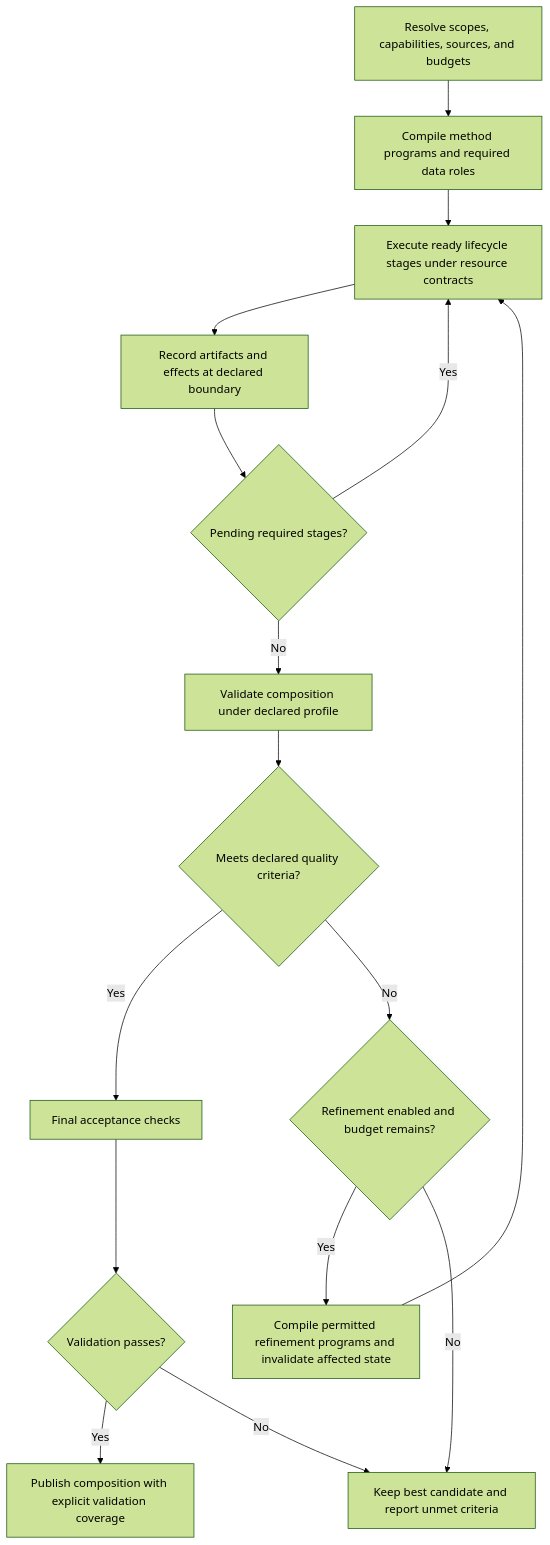
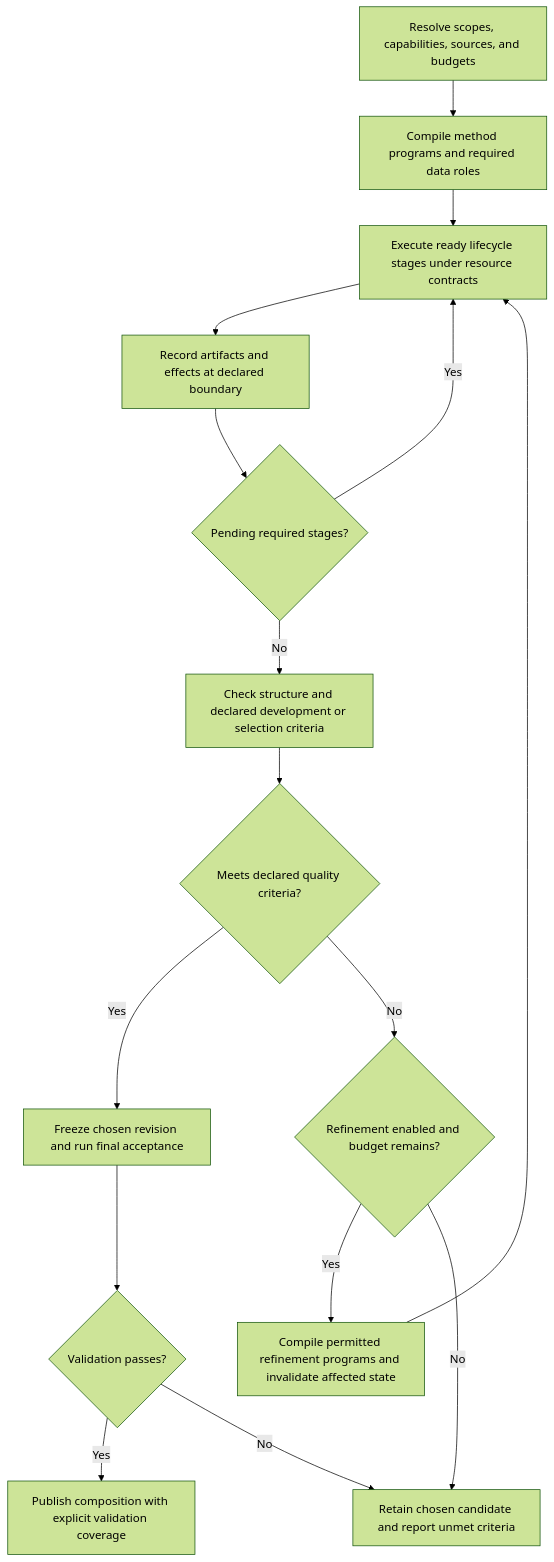
One commit to ModelCloud/GPTQModel changed the third of 7 diagrams in docs/component-quantization-design.md. Above: the diagram before and after it, drawn with Mermaid (forest theme). The commit also changed other lines of this file and 5 other files, not shown here.

````diff
--- a/docs/component-quantization-design.md
+++ b/docs/component-quantization-design.md
@@ -470,18 +484,18 @@
 ```mermaid
 flowchart TD
     A[Resolve scopes, capabilities, sources, and budgets] --> B[Compile method programs and required data roles]
     B --> C[Execute ready lifecycle stages under resource contracts]
     C --> D[Record artifacts and effects at declared boundary]
     D --> E{Pending required stages?}
     E -->|Yes| C
-    E -->|No| F[Validate composition under declared profile]
+    E -->|No| F[Check structure and declared development or selection criteria]
     F --> G{Meets declared quality criteria?}
-    G -->|Yes| H[Final acceptance checks]
+    G -->|Yes| H[Freeze chosen revision and run final acceptance]
     G -->|No| I{Refinement enabled and budget remains?}
     I -->|Yes| J[Compile permitted refinement programs and invalidate affected state]
     J --> C
-    I -->|No| K[Keep best candidate and report unmet criteria]
+    I -->|No| K[Retain chosen candidate and report unmet criteria]
     H --> L{Validation passes?}
     L -->|Yes| M[Publish composition with explicit validation coverage]
     L -->|No| K
 ```
````
